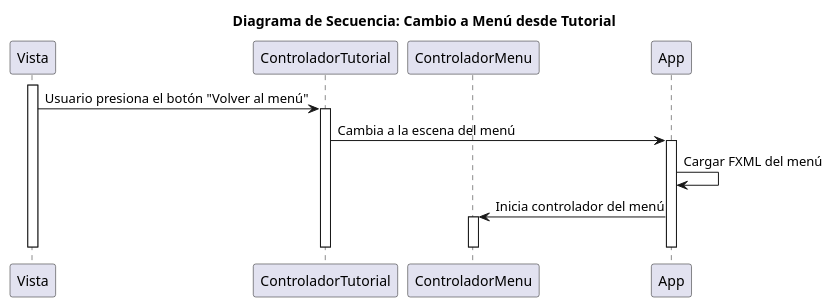
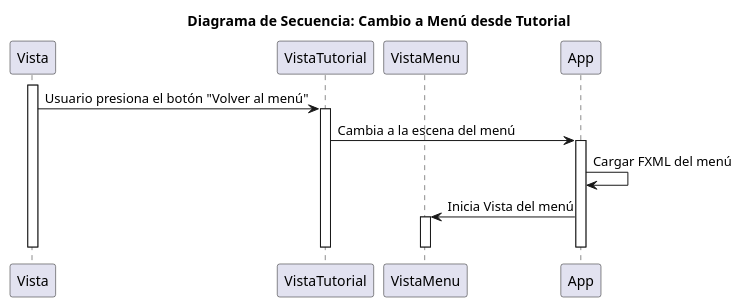
One commit to FelipeAscencio/TP1_ParadigmasDeLaProgramacion changed the diagram in doc/diagrama de secuencia tutorial a menu.puml. Above: the diagram before and after it, drawn with PlantUML. The commit also changed 9 other files, not shown here.

```diff
--- a/doc/diagrama de secuencia tutorial a menu.puml
+++ b/doc/diagrama de secuencia tutorial a menu.puml
@@ -1,23 +1,23 @@
 @startuml
 
 title Diagrama de Secuencia: Cambio a Menú desde Tutorial
 
 participant Vista
-participant ControladorTutorial
-participant ControladorMenu
+participant VistaTutorial
+participant VistaMenu
 participant App
 
 activate Vista
-Vista -> ControladorTutorial: Usuario presiona el botón "Volver al menú"
-activate ControladorTutorial
-ControladorTutorial -> App: Cambia a la escena del menú
+Vista -> VistaTutorial: Usuario presiona el botón "Volver al menú"
+activate VistaTutorial
+VistaTutorial -> App: Cambia a la escena del menú
 activate App
 App -> App: Cargar FXML del menú
-App -> ControladorMenu: Inicia controlador del menú
-activate ControladorMenu
+App -> VistaMenu: Inicia Vista del menú
+activate VistaMenu
 deactivate App
-deactivate ControladorMenu
-deactivate ControladorTutorial
+deactivate VistaMenu
+deactivate VistaTutorial
 deactivate Vista
 
 @enduml
```
